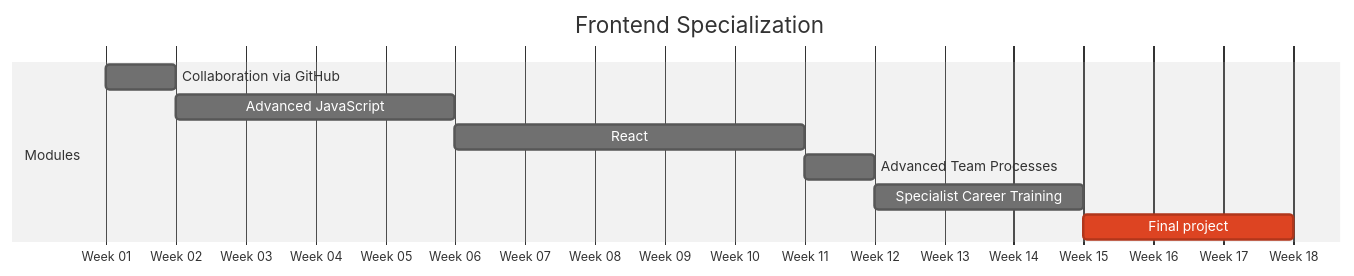
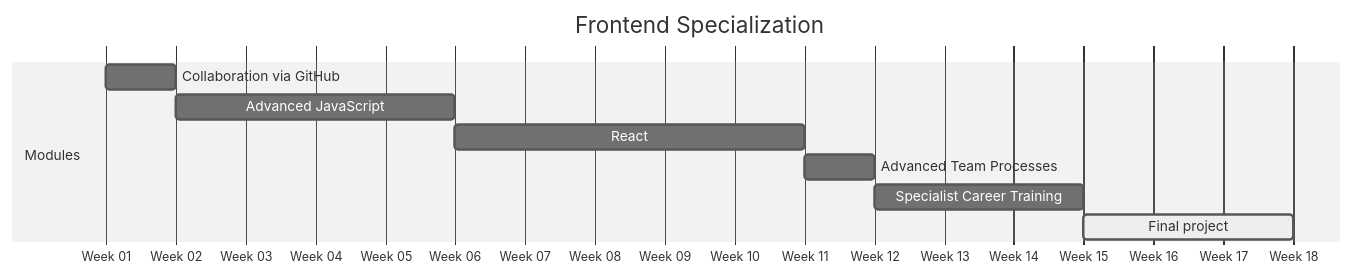
The diagram in courses/Frontend/README.md (HackYourFuture-CPH/program), drawn with Mermaid (neutral theme) before and after one commit. The commit also changed other lines of this file, not shown here.

````diff
--- a/courses/Frontend/README.md
+++ b/courses/Frontend/README.md
@@ -8,14 +8,14 @@
 ```mermaid
 gantt
     title Frontend Specialization
     dateFormat  YYYY-MM-DD
     axisFormat  Week %U
 
     section Modules
     Collaboration via GitHub    :a1, 2025-01-05, 1w
     Advanced JavaScript         :a2, after a1, 4w
     React                       :a3, after a2, 5w
     Advanced Team Processes     :a4, after a3, 1w
     Specialist Career Training  :a5, after a4, 3w
-    Final project               :crit, a6, after a5, 3w
+    Final project               :active, a6, after a5, 3w
 ```
````
